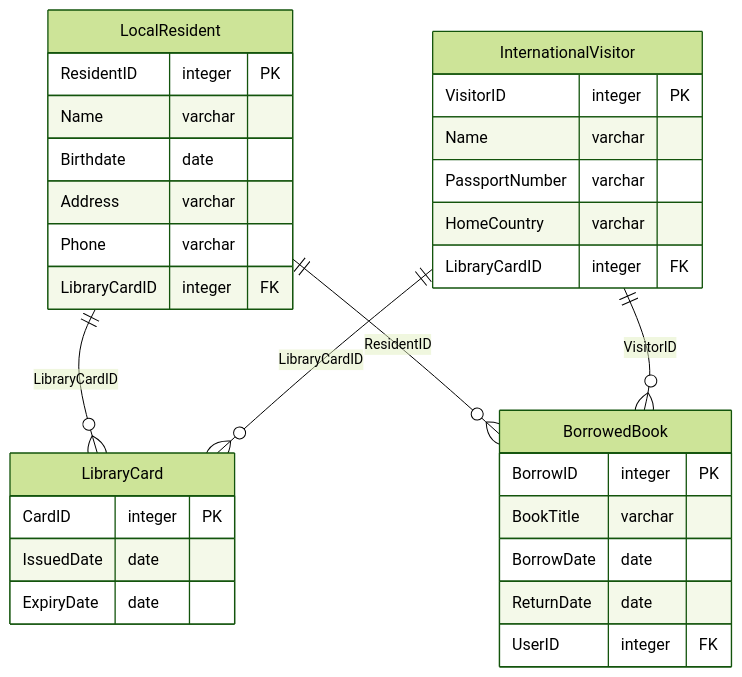
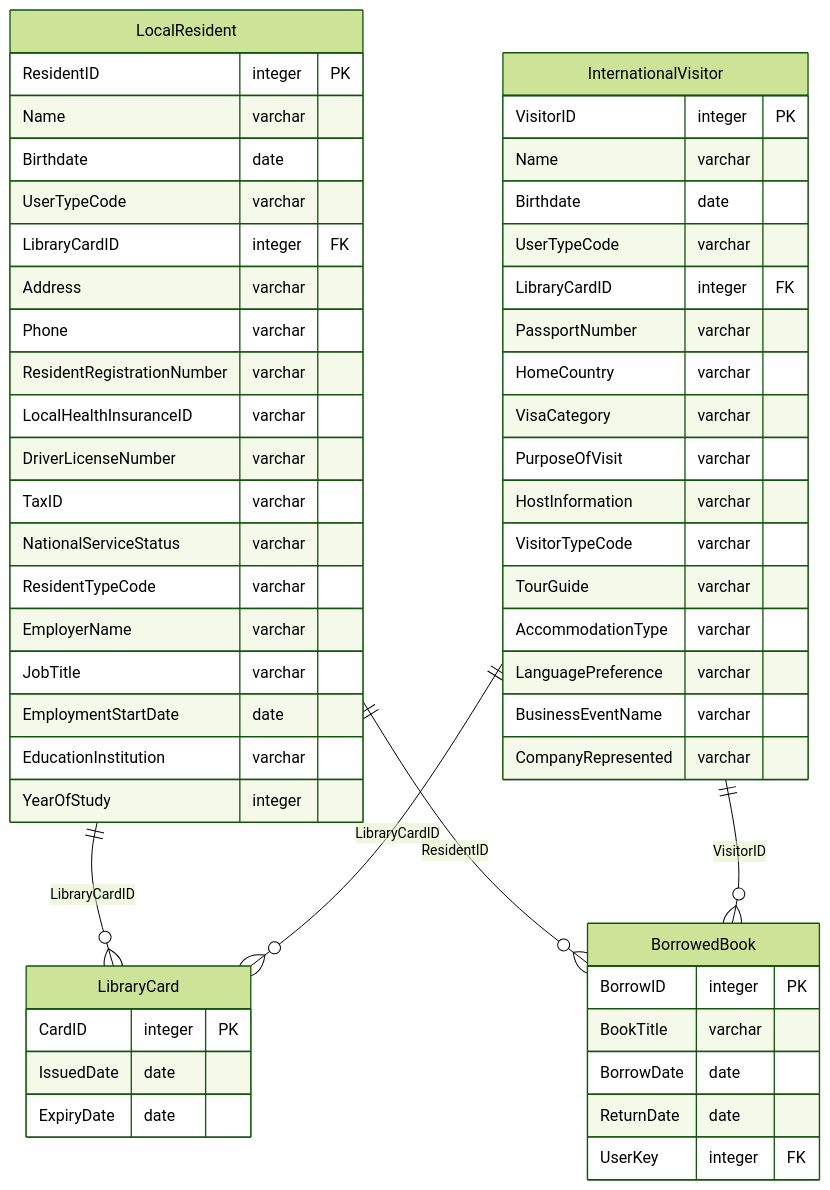
The fourth of 6 diagrams in Database/관계형 데이터 모델링 핵심 가이드/6회차 슈퍼타입 과 서브타입/Ch6-1 슈퍼 타입 과 서브 타입 정의.md (christopher3810/DevBookStudies), drawn with Mermaid (forest theme) before and after one commit. The commit also changed other lines of this file, not shown here.

````diff
--- a/Database/관계형 데이터 모델링 핵심 가이드/6회차 슈퍼타입 과 서브타입/Ch6-1 슈퍼 타입 과 서브 타입 정의.md
+++ b/Database/관계형 데이터 모델링 핵심 가이드/6회차 슈퍼타입 과 서브타입/Ch6-1 슈퍼 타입 과 서브 타입 정의.md
@@ -93,40 +157,62 @@
 ```mermaid
 erDiagram
 
     LocalResident {
         ResidentID integer PK
         Name varchar
         Birthdate date
+        UserTypeCode varchar
+        LibraryCardID integer FK
         Address varchar
         Phone varchar
-        LibraryCardID integer FK
+        ResidentRegistrationNumber varchar
+        LocalHealthInsuranceID varchar
+        DriverLicenseNumber varchar
+        TaxID varchar
+        NationalServiceStatus varchar
+        ResidentTypeCode varchar
+        EmployerName varchar
+        JobTitle varchar
+        EmploymentStartDate date
+        EducationInstitution varchar
+        YearOfStudy integer
     }
 
     InternationalVisitor {
         VisitorID integer PK
         Name varchar
+        Birthdate date
+        UserTypeCode varchar
+        LibraryCardID integer FK
         PassportNumber varchar
         HomeCountry varchar
-        LibraryCardID integer FK
+        VisaCategory varchar
+        PurposeOfVisit varchar
+        HostInformation varchar
+        VisitorTypeCode varchar
+        TourGuide varchar
+        AccommodationType varchar
+        LanguagePreference varchar
+        BusinessEventName varchar
+        CompanyRepresented varchar
     }
 
     LibraryCard {
         CardID integer PK
         IssuedDate date
         ExpiryDate date
     }
 
     BorrowedBook {
         BorrowID integer PK
         BookTitle varchar
         BorrowDate date
         ReturnDate date
-        UserID integer FK
+        UserKey integer FK  
     }
 
     LocalResident ||--o{ LibraryCard : LibraryCardID
     InternationalVisitor ||--o{ LibraryCard : LibraryCardID
     LocalResident ||--o{ BorrowedBook : ResidentID
     InternationalVisitor ||--o{ BorrowedBook : VisitorID
-
 ```
````
